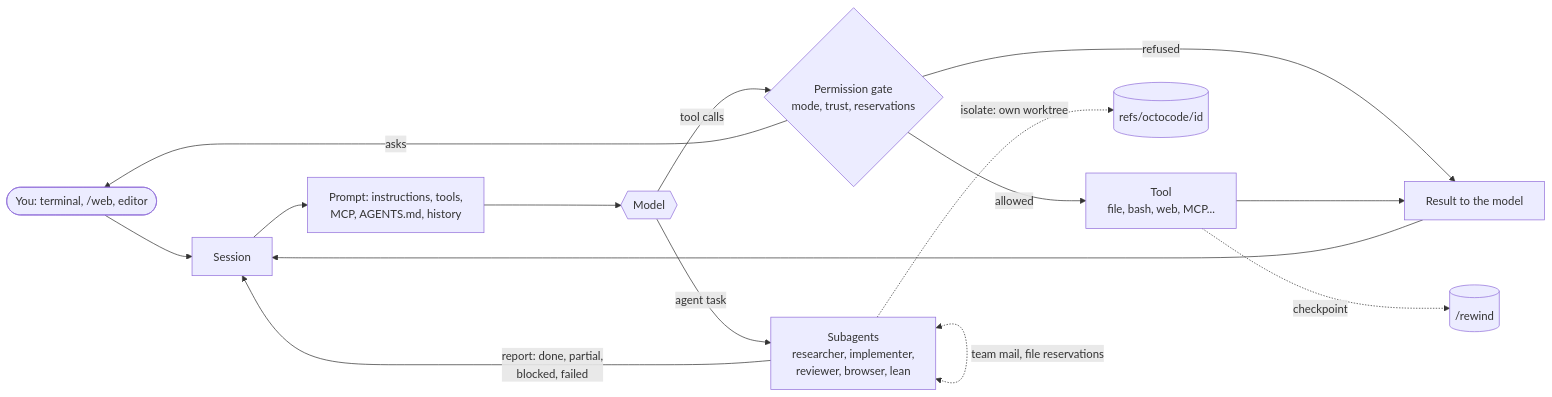
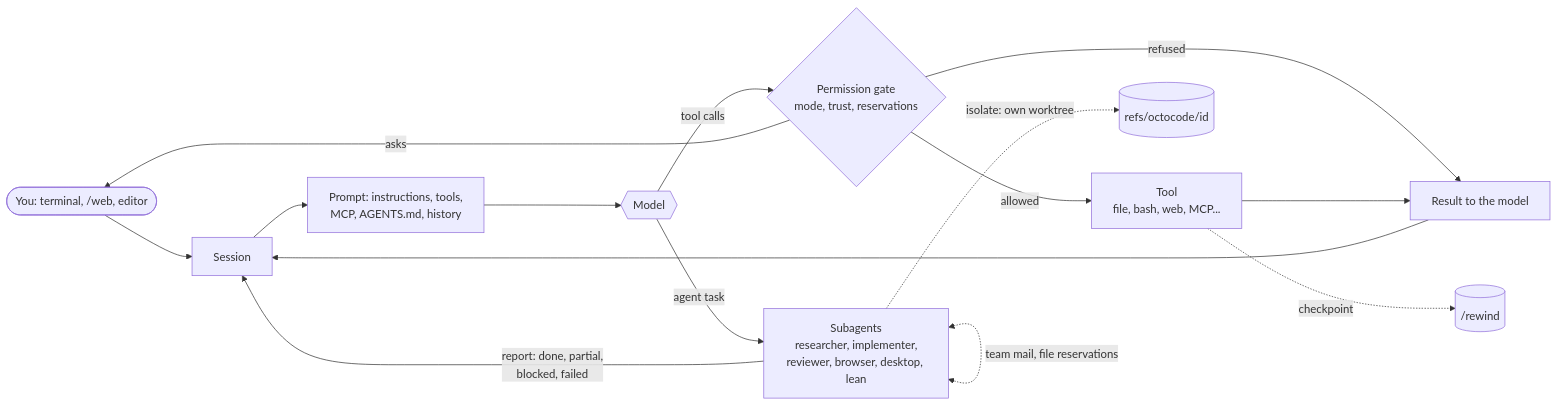
Before and after one commit to bgauryy/octocode-coding-agent: the diagram in README.md, drawn with Mermaid. The commit also changed 300 other files, not shown here.

````diff
--- a/README.md
+++ b/README.md
@@ -30,17 +30,17 @@
 ```mermaid
 flowchart LR
   U(["You: terminal, /web, editor"]) --> S["Session"]
   S --> P["Prompt: instructions, tools,<br/>MCP, AGENTS.md, history"]
   P --> M{{"Model"}}
   M -->|tool calls| G{"Permission gate<br/>mode, trust, reservations"}
   G -->|allowed| T["Tool<br/>file, bash, web, MCP..."]
   G -->|asks| U
   G -->|refused| R["Result to the model"]
   T --> R
   R --> S
   T -.->|checkpoint| C[("/rewind")]
-  M -->|"agent task"| K["Subagents<br/>researcher, implementer,<br/>reviewer, browser, lean"]
+  M -->|"agent task"| K["Subagents<br/>researcher, implementer,<br/>reviewer, browser, desktop, lean"]
   K -->|"report: done, partial,<br/>blocked, failed"| S
   K <-.->|"team mail, file reservations"| K
   K -.->|"isolate: own worktree"| W[("refs/octocode/id")]
 ```
````
